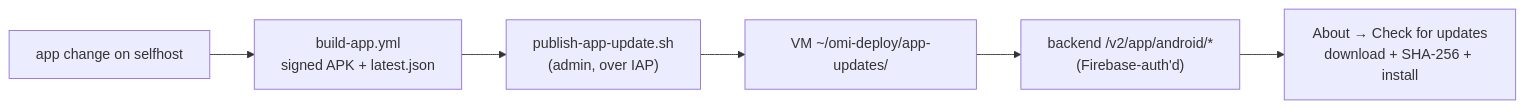
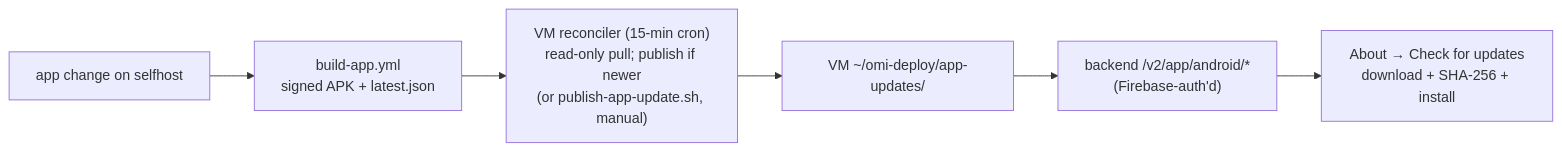
The second of 2 diagrams in selfhost/README.md (cybervoid/omi), drawn with Mermaid before and after one commit. The commit also changed other lines of this file, not shown here.

Commit message:
docs(selfhost): README reflects the live autonomous VM reconciler (delivery no longer 'deferred')

````diff
--- a/selfhost/README.md
+++ b/selfhost/README.md
@@ -138,8 +138,8 @@
 ```mermaid
 flowchart LR
   dev["app change on selfhost"] --> ci["build-app.yml<br/>signed APK + latest.json"]
-  ci --> pub["publish-app-update.sh<br/>(admin, over IAP)"]
-  pub --> vm["VM ~/omi-deploy/app-updates/"]
+  ci --> reco["VM reconciler (15-min cron)<br/>read-only pull; publish if newer<br/>(or publish-app-update.sh, manual)"]
+  reco --> vm["VM ~/omi-deploy/app-updates/"]
   vm --> feed["backend /v2/app/android/*<br/>(Firebase-auth'd)"]
   feed --> app["About → Check for updates<br/>download + SHA-256 + install"]
 ```
````
